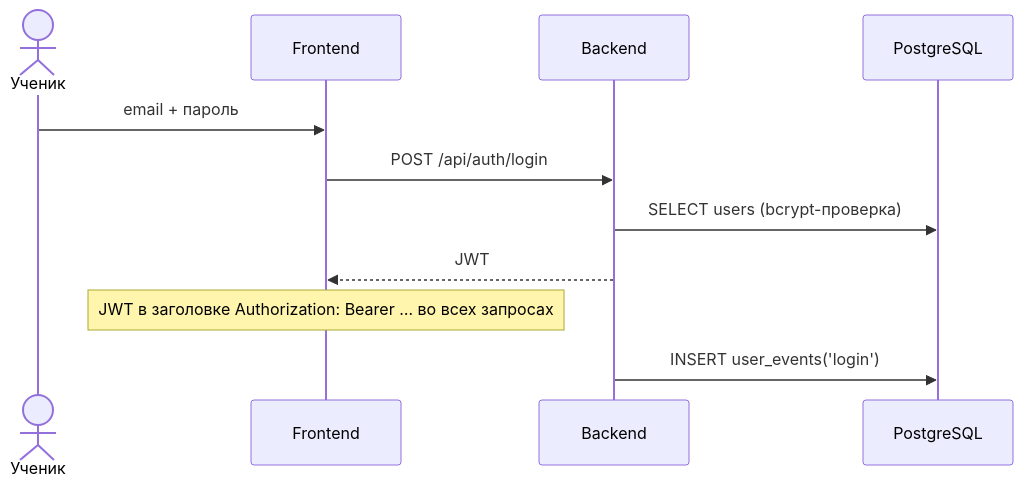
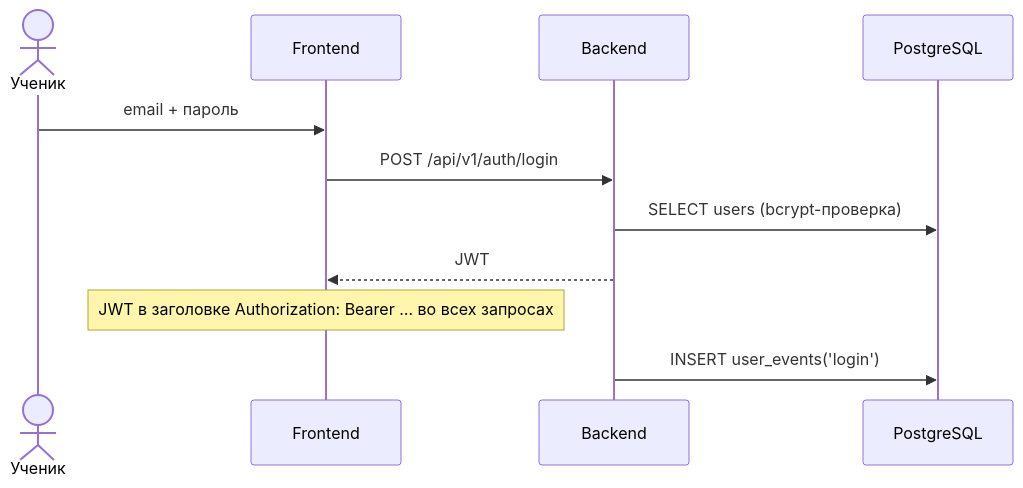
Before and after one commit to two-bits1/LekseRadar: the third of 8 diagrams in docs/ARCHITECTURE.md, drawn with Mermaid. The commit also changed other lines of this file, not shown here.

First line of the commit message:
docs: ARCHITECTURE — пути /api/v1 как в бэкенде, убраны устаревшие эндпоинты

````diff
--- a/docs/ARCHITECTURE.md
+++ b/docs/ARCHITECTURE.md
@@ -82,13 +82,13 @@
 ```mermaid
 sequenceDiagram
     actor U as Ученик
     participant F as Frontend
     participant B as Backend
     participant D as PostgreSQL
     U->>F: email + пароль
-    F->>B: POST /api/auth/login
+    F->>B: POST /api/v1/auth/login
     B->>D: SELECT users (bcrypt-проверка)
     B-->>F: JWT
     Note over F: JWT в заголовке Authorization: Bearer … во всех запросах
     B->>D: INSERT user_events('login')
 ```
````
